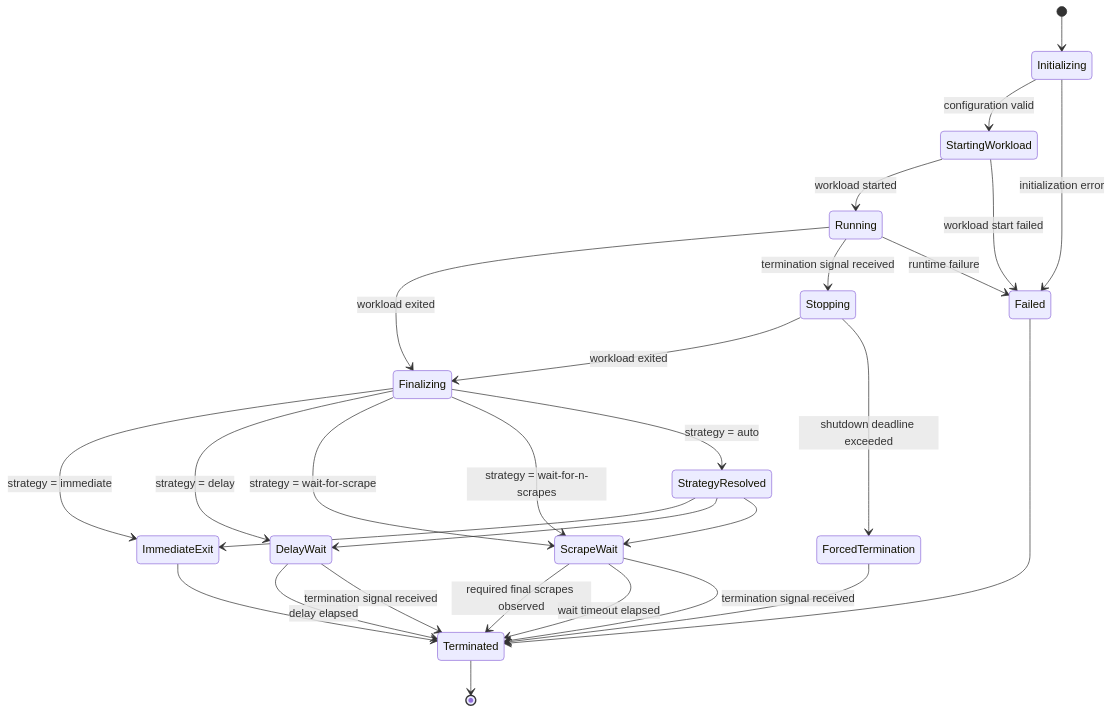
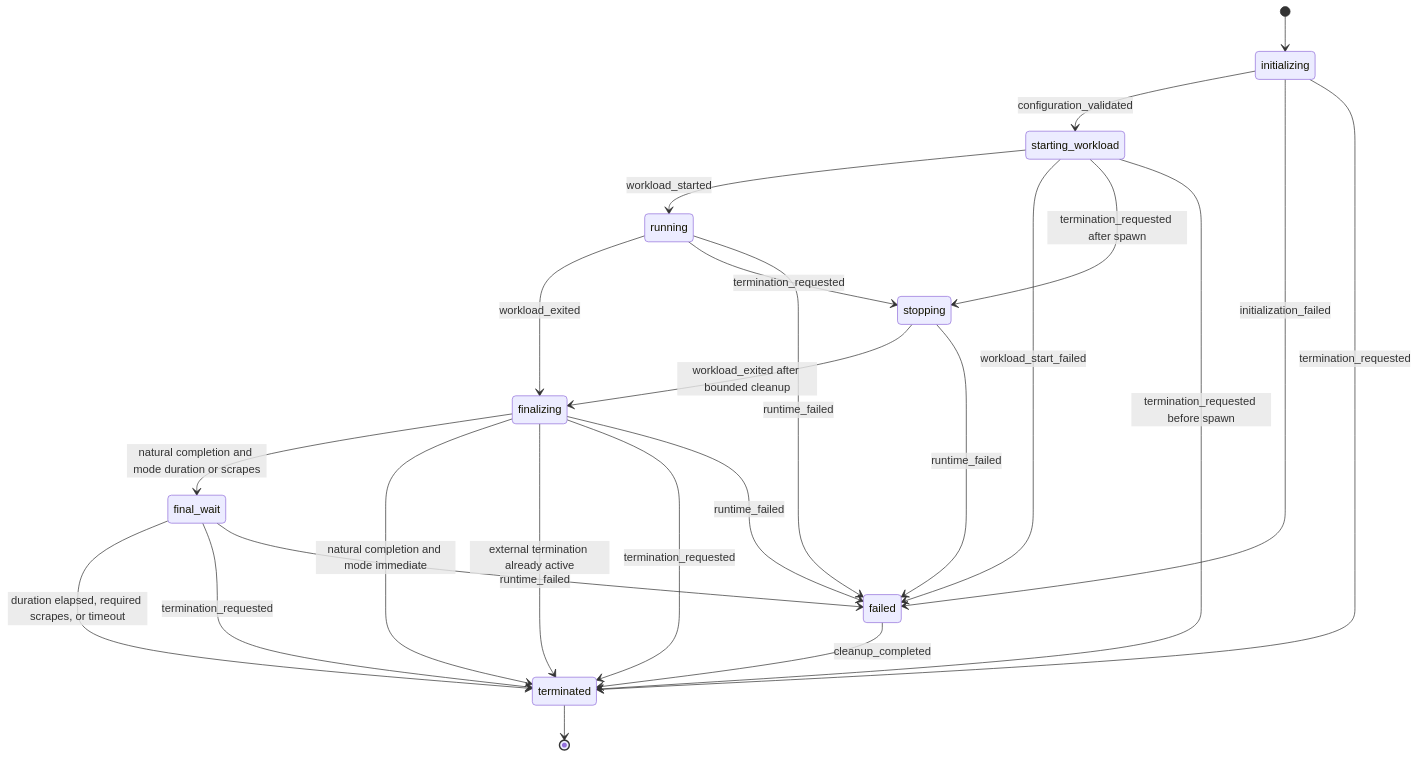
Before and after one commit to Denki77/metricshell: the diagram in docs/04-specification/runtime-state-machine.md, drawn with Mermaid. The commit also changed other lines of this file and 128 other files, not shown here.

````diff
--- a/docs/04-specification/runtime-state-machine.md
+++ b/docs/04-specification/runtime-state-machine.md
@@ -33,30 +68,26 @@
-```mermaid
+~~~mermaid
 stateDiagram-v2
-    [*] --> Initializing
-    Initializing --> StartingWorkload: configuration valid
-    Initializing --> Failed: initialization error
-    StartingWorkload --> Running: workload started
-    StartingWorkload --> Failed: workload start failed
-    Running --> Finalizing: workload exited
-    Running --> Stopping: termination signal received
-    Running --> Failed: runtime failure
-    Stopping --> Finalizing: workload exited
-    Stopping --> ForcedTermination: shutdown deadline exceeded
-    Finalizing --> ImmediateExit: strategy = immediate
-    Finalizing --> DelayWait: strategy = delay
-    Finalizing --> ScrapeWait: strategy = wait-for-scrape
-    Finalizing --> ScrapeWait: strategy = wait-for-n-scrapes
-    Finalizing --> StrategyResolved: strategy = auto
-    StrategyResolved --> ImmediateExit
-    StrategyResolved --> DelayWait
-    StrategyResolved --> ScrapeWait
-    DelayWait --> Terminated: delay elapsed
-    DelayWait --> Terminated: termination signal received
-    ScrapeWait --> Terminated: required final scrapes observed
-    ScrapeWait --> Terminated: wait timeout elapsed
-    ScrapeWait --> Terminated: termination signal received
-    ImmediateExit --> Terminated
-    Failed --> Terminated
-    ForcedTermination --> Terminated
-    Terminated --> [*]
-```
+    [*] --> initializing
+    initializing --> starting_workload: configuration_validated
+    initializing --> failed: initialization_failed
+    initializing --> terminated: termination_requested
+    starting_workload --> running: workload_started
+    starting_workload --> failed: workload_start_failed
+    starting_workload --> stopping: termination_requested after spawn
+    starting_workload --> terminated: termination_requested before spawn
+    running --> finalizing: workload_exited
+    running --> stopping: termination_requested
+    running --> failed: runtime_failed
+    stopping --> finalizing: workload_exited after bounded cleanup
+    stopping --> failed: runtime_failed
+    finalizing --> final_wait: natural completion and mode duration or scrapes
+    finalizing --> terminated: natural completion and mode immediate
+    finalizing --> terminated: external termination already active
+    finalizing --> terminated: termination_requested
+    finalizing --> failed: runtime_failed
+    final_wait --> terminated: duration elapsed, required scrapes, or timeout
+    final_wait --> terminated: termination_requested
+    final_wait --> failed: runtime_failed
+    failed --> terminated: cleanup_completed
+    terminated --> [*]
+~~~
````
